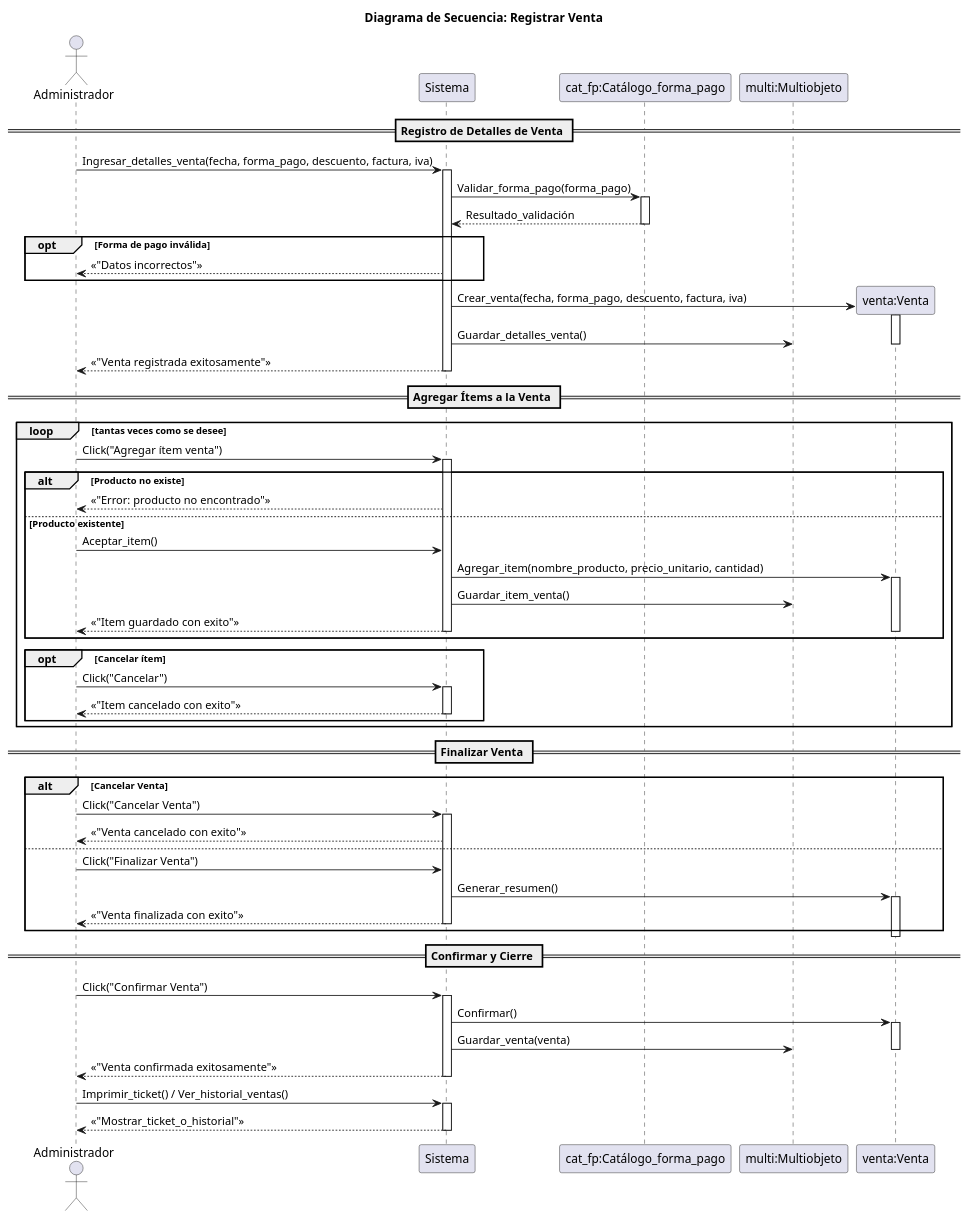
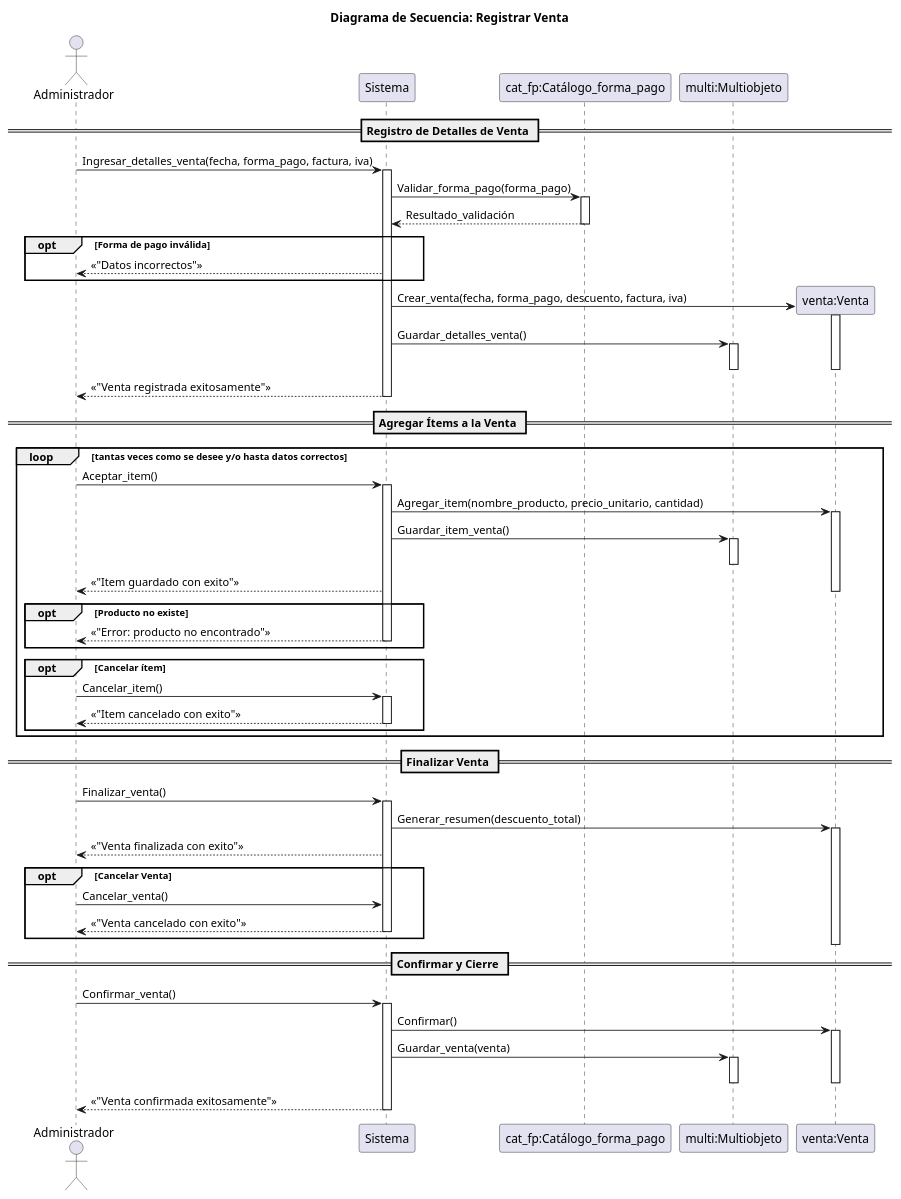
One commit to Luci1274/PPI_Proyecto_gomeria changed the diagram in 08-Diagrama-secuencia/02_Venta.puml. Above: the diagram before and after it, drawn with PlantUML. The commit also changed 5 other files, not shown here.

First line of the commit message:
Update sequence diagrams for sales, products, and providers

```diff
--- a/08-Diagrama-secuencia/02_Venta.puml
+++ b/08-Diagrama-secuencia/02_Venta.puml
@@ -1,84 +1,84 @@
 @startuml venta
 
 title Diagrama de Secuencia: Registrar Venta
 
 actor Administrador
 participant Sistema
 participant "cat_fp:Catálogo_forma_pago" as Cat_fp
 participant "multi:Multiobjeto" as MULT
 
 == Registro de Detalles de Venta ==
-Administrador -> Sistema: Ingresar_detalles_venta(fecha, forma_pago, descuento, factura, iva)
+Administrador -> Sistema: Ingresar_detalles_venta(fecha, forma_pago, factura, iva)
 activate Sistema
 Sistema -> Cat_fp: Validar_forma_pago(forma_pago)
 activate Cat_fp
 Cat_fp --> Sistema: Resultado_validación
 deactivate Cat_fp
 
 opt Forma de pago inválida
     Sistema --> Administrador: <<"Datos incorrectos">>
 end
 
 create "venta:Venta" as V
 Sistema -> V: Crear_venta(fecha, forma_pago, descuento, factura, iva)
 activate V
 Sistema -> MULT: Guardar_detalles_venta()
+activate MULT
+deactivate MULT
 deactivate V
 Sistema --> Administrador: <<"Venta registrada exitosamente">>
 deactivate Sistema
 
 == Agregar Ítems a la Venta ==
-loop tantas veces como se desee
-    Administrador -> Sistema: Click("Agregar ítem venta")
+loop tantas veces como se desee y/o hasta datos correctos
+    
+    Administrador -> Sistema: Aceptar_item()
     activate Sistema
-    alt Producto no existe
+    Sistema -> V: Agregar_item(nombre_producto, precio_unitario, cantidad)
+    activate V
+    Sistema -> MULT: Guardar_item_venta()
+    activate MULT
+    deactivate MULT
+    Sistema --> Administrador: <<"Item guardado con exito">>
+    deactivate V
+    
+    opt Producto no existe 
         Sistema --> Administrador: <<"Error: producto no encontrado">>
-    else Producto existente
-        Administrador -> Sistema: Aceptar_item()
-        Sistema -> V: Agregar_item(nombre_producto, precio_unitario, cantidad)
-        activate V
-        Sistema -> MULT: Guardar_item_venta()
-        Sistema --> Administrador: <<"Item guardado con exito">>
-        deactivate V
         deactivate Sistema
     end
 
     opt Cancelar ítem
-        Administrador -> Sistema: Click("Cancelar")
+        Administrador -> Sistema: Cancelar_item()
         activate Sistema
         Sistema --> Administrador: <<"Item cancelado con exito">>
          deactivate Sistema
     end
 end
 
 == Finalizar Venta ==
-alt Cancelar Venta
-    Administrador -> Sistema: Click("Cancelar Venta")
-    activate Sistema
+Administrador -> Sistema: Finalizar_venta()
+activate Sistema
+Sistema -> V: Generar_resumen(descuento_total)
+activate V
+Sistema --> Administrador: <<"Venta finalizada con exito">>
+
+opt Cancelar Venta
+    Administrador -> Sistema: Cancelar_venta()
     Sistema --> Administrador: <<"Venta cancelado con exito">>
-else
-    Administrador -> Sistema: Click("Finalizar Venta")
-    Sistema -> V: Generar_resumen()
-    activate V
-    Sistema --> Administrador: <<"Venta finalizada con exito">>
     deactivate Sistema
 end
 deactivate V
 
 == Confirmar y Cierre ==
-Administrador -> Sistema: Click("Confirmar Venta")
+Administrador -> Sistema: Confirmar_venta()
 activate Sistema
 Sistema -> V: Confirmar()
 activate V
 Sistema -> MULT: Guardar_venta(venta)
+activate MULT
+deactivate MULT
 deactivate V
 Sistema --> Administrador: <<"Venta confirmada exitosamente">>
 deactivate Sistema
 
-Administrador -> Sistema: Imprimir_ticket() / Ver_historial_ventas()
-activate Sistema
-Sistema --> Administrador: <<"Mostrar_ticket_o_historial">>
-deactivate Sistema
-deactivate V
-
 @enduml
```
